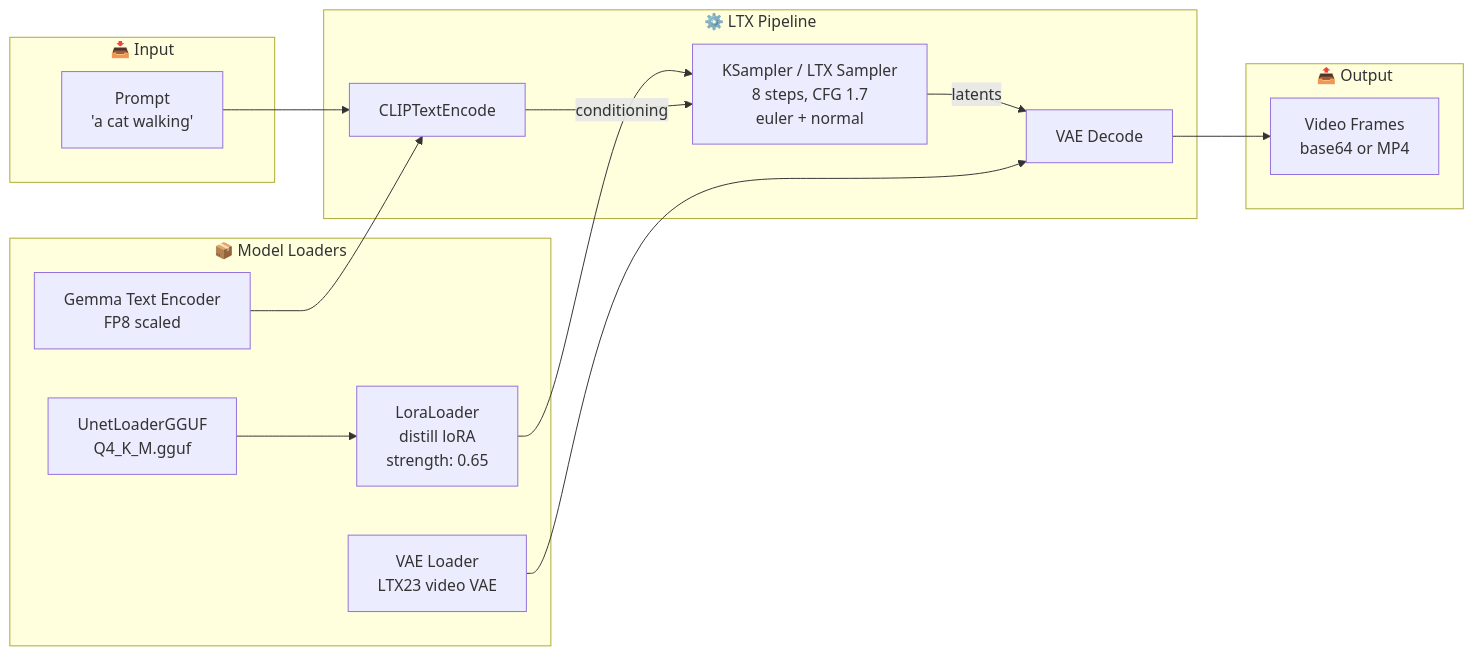
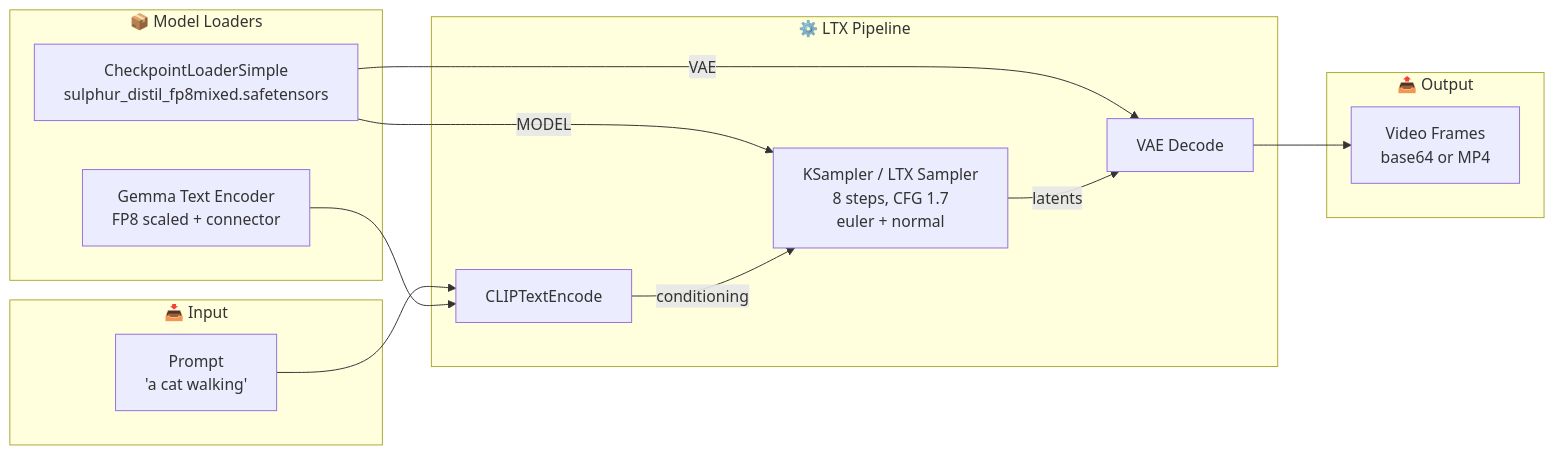
The fourth of 5 diagrams in WORKFLOW.md (floppyshy-byte/sulphur-runpod-build), drawn with Mermaid before and after one commit. The commit also changed other lines of this file and 2 other files, not shown here.

````diff
--- a/WORKFLOW.md
+++ b/WORKFLOW.md
@@ -91,32 +95,29 @@
 ```mermaid
 flowchart LR
     subgraph Input["📥 Input"]
         P[Prompt<br/>'a cat walking']
     end
 
     subgraph Loaders["📦 Model Loaders"]
-        GGUF[UnetLoaderGGUF<br/>Q4_K_M.gguf]
-        LORA[LoraLoader<br/>distill loRA<br/>strength: 0.65]
-        TE[Gemma Text Encoder<br/>FP8 scaled]
-        VAE[VAE Loader<br/>LTX23 video VAE]
+        CKPT[CheckpointLoaderSimple<br/>sulphur_distil_fp8mixed.safetensors]
+        TE[Gemma Text Encoder<br/>FP8 scaled + connector]
     end
 
     subgraph Pipeline["⚙️ LTX Pipeline"]
         ENCODE[CLIPTextEncode]
         SAMPLE[KSampler / LTX Sampler<br/>8 steps, CFG 1.7<br/>euler + normal]
         DECODE[VAE Decode]
     end
 
     subgraph Output["📤 Output"]
         FRAMES[Video Frames<br/>base64 or MP4]
     end
 
     P --> ENCODE
     TE --> ENCODE
-    GGUF --> LORA
-    LORA --> SAMPLE
+    CKPT -->|MODEL| SAMPLE
+    CKPT -->|VAE| DECODE
     ENCODE -->|conditioning| SAMPLE
     SAMPLE -->|latents| DECODE
-    VAE --> DECODE
     DECODE --> FRAMES
 ```
````
